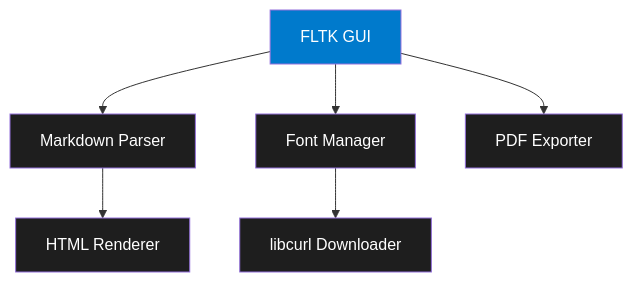
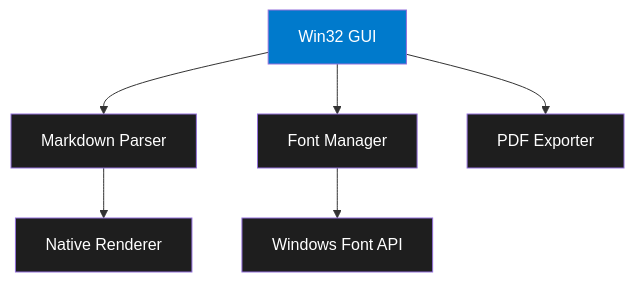
One commit to mikl0s/MDV changed the diagram in README.md. Above: the diagram before and after it, drawn with Mermaid. The commit also changed other lines of this file and 10 other files, not shown here.

````diff
--- a/README.md
+++ b/README.md
@@ -75,14 +63,14 @@
 ```mermaid
 graph TD
-    A[FLTK GUI] --> B[Markdown Parser]
-    B --> C[HTML Renderer]
+    A[Win32 GUI] --> B[Markdown Parser]
+    B --> C[Native Renderer]
     A --> D[Font Manager]
-    D --> E[libcurl Downloader]
+    D --> E[Windows Font API]
     A --> F[PDF Exporter]
     style A fill:#007ACC,color:white
     style B fill:#1E1E1E,color:white
     style C fill:#1E1E1E,color:white
     style D fill:#1E1E1E,color:white
     style E fill:#1E1E1E,color:white
     style F fill:#1E1E1E,color:white
 ```
````
